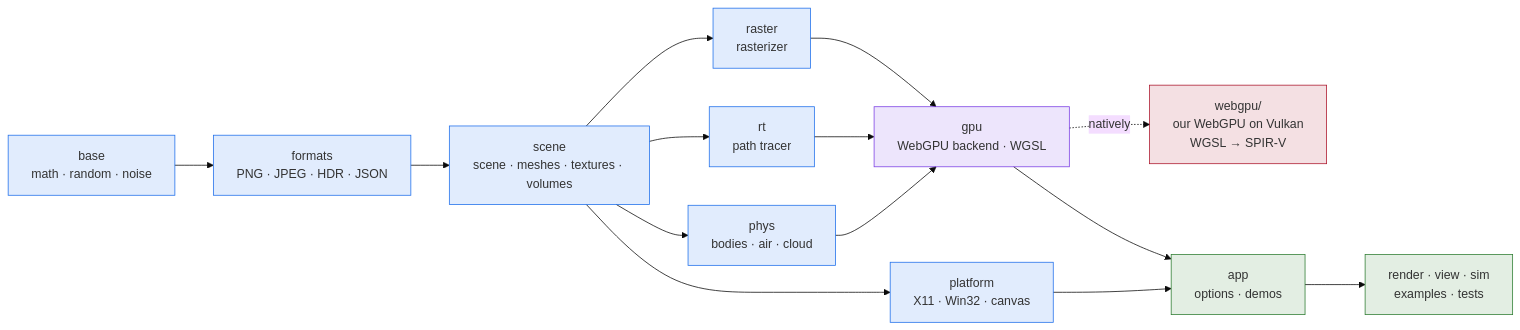
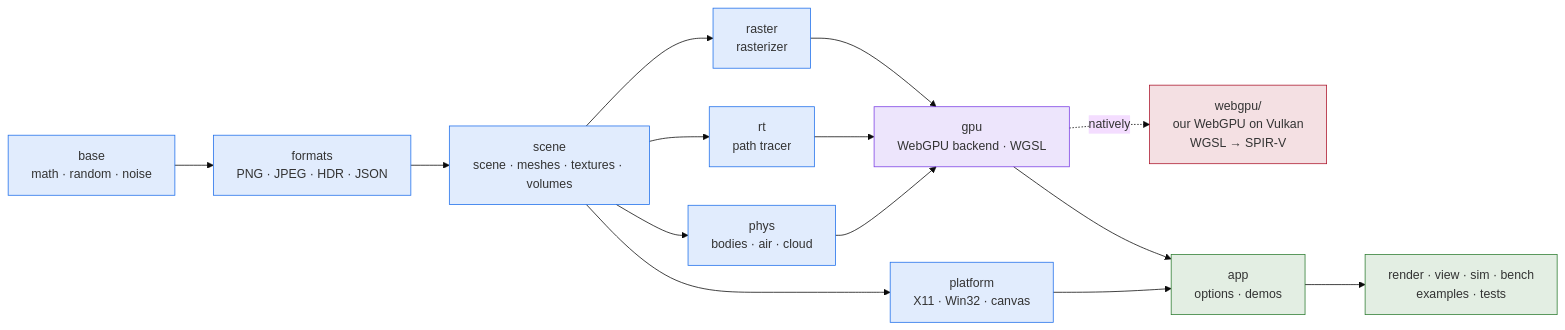
One commit to logicesecutor/little_renderer changed the diagram in README.md. Above: the diagram before and after it, drawn with Mermaid (base theme). The commit also changed other lines of this file and 3 other files, not shown here.

First line of the commit message:
B16: docs: 79 WGSL shaders (not 76), bench the fourth app, LR_VK_DUMP

````diff
--- a/README.md
+++ b/README.md
@@ -172,25 +172,25 @@
 ```mermaid
 flowchart LR
     base["base<br/>math · random · noise"] --> formats["formats<br/>PNG · JPEG · HDR · JSON"]
     formats --> scene["scene<br/>scene · meshes · textures · volumes"]
     scene --> raster["raster<br/>rasterizer"]
     scene --> rt["rt<br/>path tracer"]
     scene --> phys["phys<br/>bodies · air · cloud"]
     scene --> platform["platform<br/>X11 · Win32 · canvas"]
     raster --> gpu["gpu<br/>WebGPU backend · WGSL"]
     rt --> gpu
     phys --> gpu
     gpu -.->|natively| vk["webgpu/<br/>our WebGPU on Vulkan<br/>WGSL → SPIR-V"]
     gpu --> app["app<br/>options · demos"]
     platform --> app
-    app --> programs["render · view · sim<br/>examples · tests"]
+    app --> programs["render · view · sim · bench<br/>examples · tests"]
 
     classDef layerCpu fill:#1f6feb22,stroke:#1f6feb
     classDef layerGpu fill:#7b3fe422,stroke:#7b3fe4
     classDef layerVk fill:#ac162c22,stroke:#ac162c
     classDef layerOut fill:#2e7d3222,stroke:#2e7d32
     class base,formats,scene,raster,rt,phys,platform layerCpu
     class gpu layerGpu
     class vk layerVk
     class app,programs layerOut
 ```
````
